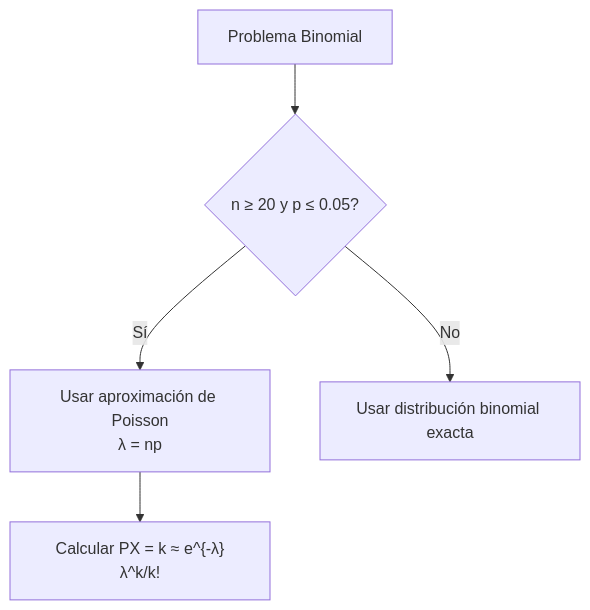
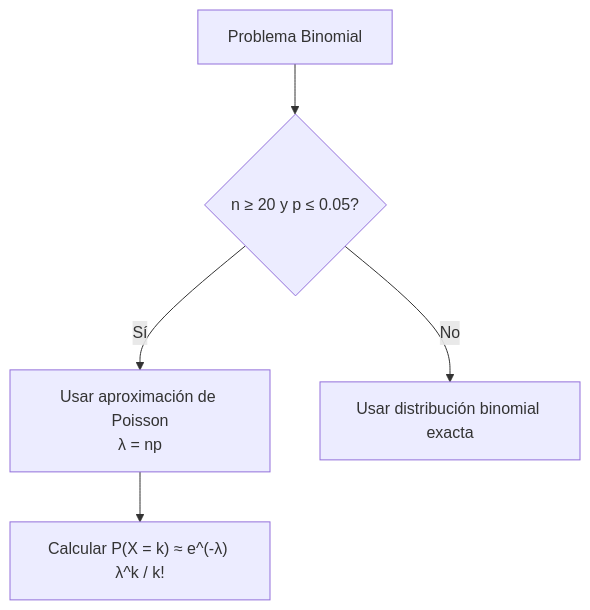
Before and after one commit to djaimej/computer-science-template: the diagram in public/documents/semester-3/4/3441.md, drawn with Mermaid. The commit also changed other lines of this file and 6 other files, not shown here.

````diff
--- a/public/documents/semester-3/4/3441.md
+++ b/public/documents/semester-3/4/3441.md
@@ -49,7 +69,7 @@
 ```mermaid
 flowchart TD
     A[Problema Binomial] --> B{n ≥ 20 y p ≤ 0.05?}
     B -->|Sí| C[Usar aproximación de Poisson<br>λ = np]
     B -->|No| D[Usar distribución binomial exacta]
-    C --> E["Calcular PX = k ≈ e^{-λ}λ^k/k!"]
+    C --> E["Calcular P(X = k) ≈ e^(-λ) λ^k / k!"]
 ```
````
